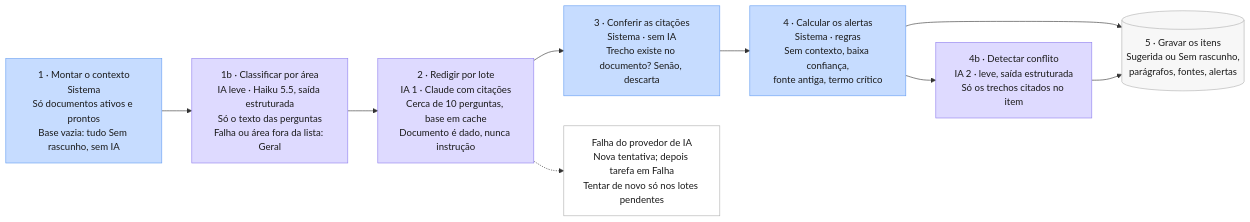
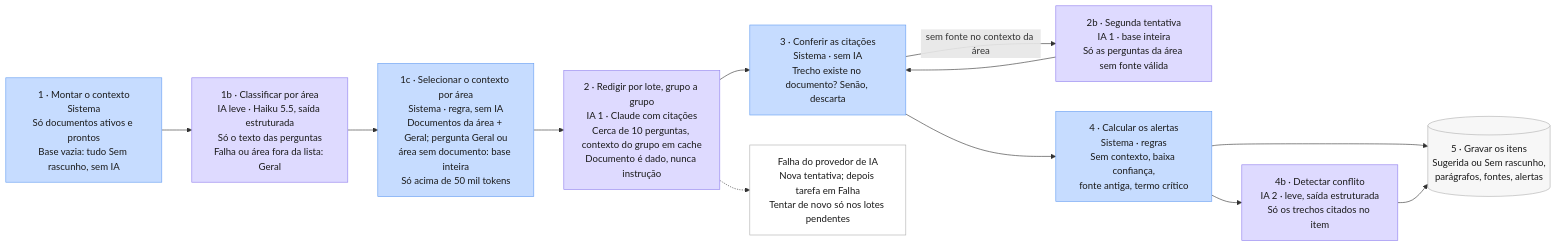
One commit to bragarodriguesr/tendra-ai-front changed the third of 5 diagrams in docs/mvp-resposta-rfp/product/PIPELINE_IA_MVP.md. Above: the diagram before and after it, drawn with Mermaid. The commit also changed other lines of this file and 48 other files, not shown here.

First line of the commit message:
Fase U: áreas dos documentos e seleção da base por área

````diff
--- a/docs/mvp-resposta-rfp/product/PIPELINE_IA_MVP.md
+++ b/docs/mvp-resposta-rfp/product/PIPELINE_IA_MVP.md
@@ -82,21 +84,24 @@
 ```mermaid
 flowchart LR
     G1["1 · Montar o contexto<br/>Sistema<br/>Só documentos ativos e prontos<br/>Base vazia: tudo Sem rascunho, sem IA"]:::sistema
     G1B["1b · Classificar por área<br/>IA leve · Haiku 5.5, saída estruturada<br/>Só o texto das perguntas<br/>Falha ou área fora da lista: Geral"]:::ia
-    G2["2 · Redigir por lote<br/>IA 1 · Claude com citações<br/>Cerca de 10 perguntas, base em cache<br/>Documento é dado, nunca instrução"]:::ia
+    G1C["1c · Selecionar o contexto por área<br/>Sistema · regra, sem IA<br/>Documentos da área + Geral; pergunta Geral ou<br/>área sem documento: base inteira<br/>Só acima de 50 mil tokens"]:::sistema
+    G2["2 · Redigir por lote, grupo a grupo<br/>IA 1 · Claude com citações<br/>Cerca de 10 perguntas, contexto do grupo em cache<br/>Documento é dado, nunca instrução"]:::ia
+    G2B["2b · Segunda tentativa<br/>IA 1 · base inteira<br/>Só as perguntas da área sem fonte válida"]:::ia
     G3["3 · Conferir as citações<br/>Sistema · sem IA<br/>Trecho existe no documento? Senão, descarta"]:::sistema
     G4["4 · Calcular os alertas<br/>Sistema · regras<br/>Sem contexto, baixa confiança,<br/>fonte antiga, termo crítico"]:::sistema
     G4B["4b · Detectar conflito<br/>IA 2 · leve, saída estruturada<br/>Só os trechos citados no item"]:::ia
     G5[("5 · Gravar os itens<br/>Sugerida ou Sem rascunho,<br/>parágrafos, fontes, alertas")]:::dados
     F["Falha do provedor de IA<br/>Nova tentativa; depois tarefa em Falha<br/>Tentar de novo só nos lotes pendentes"]:::excecao
 
-    G1 --> G1B --> G2 --> G3 --> G4 --> G5
+    G1 --> G1B --> G1C --> G2 --> G3 --> G4 --> G5
+    G3 -->|sem fonte no contexto da área| G2B --> G3
     G4 --> G4B --> G5
     G2 -.-> F
 
     classDef pessoa fill:#adf0c7,stroke:#2dc75c,color:#1a1a1a
     classDef sistema fill:#c6dcff,stroke:#659df2,color:#1a1a1a
     classDef ia fill:#dedaff,stroke:#8f7fee,color:#1a1a1a
     classDef dados fill:#f7f7f7,stroke:#b0b0b0,color:#1a1a1a
     classDef excecao fill:#ffffff,stroke:#b0b0b0,color:#1a1a1a
 ```
````
